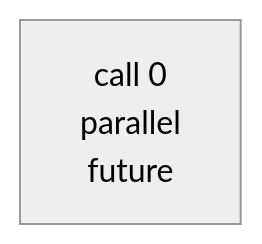
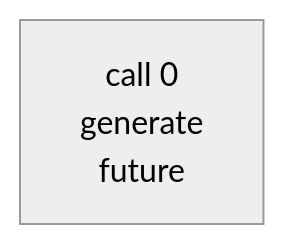
The second of 2 diagrams in experiments/probabilistic_dataflow/debug_outputs/scalar.md (marin-community/marin), drawn with Mermaid (neutral theme) before and after one commit. The commit also changed other lines of this file and 15 other files, not shown here.

````diff
--- a/experiments/probabilistic_dataflow/debug_outputs/scalar.md
+++ b/experiments/probabilistic_dataflow/debug_outputs/scalar.md
@@ -32,4 +29,4 @@
 ```mermaid
 flowchart LR
-  c0["call 0<br/>parallel<br/>future"]
+  c0["call 0<br/>generate<br/>future"]
 ```
````
